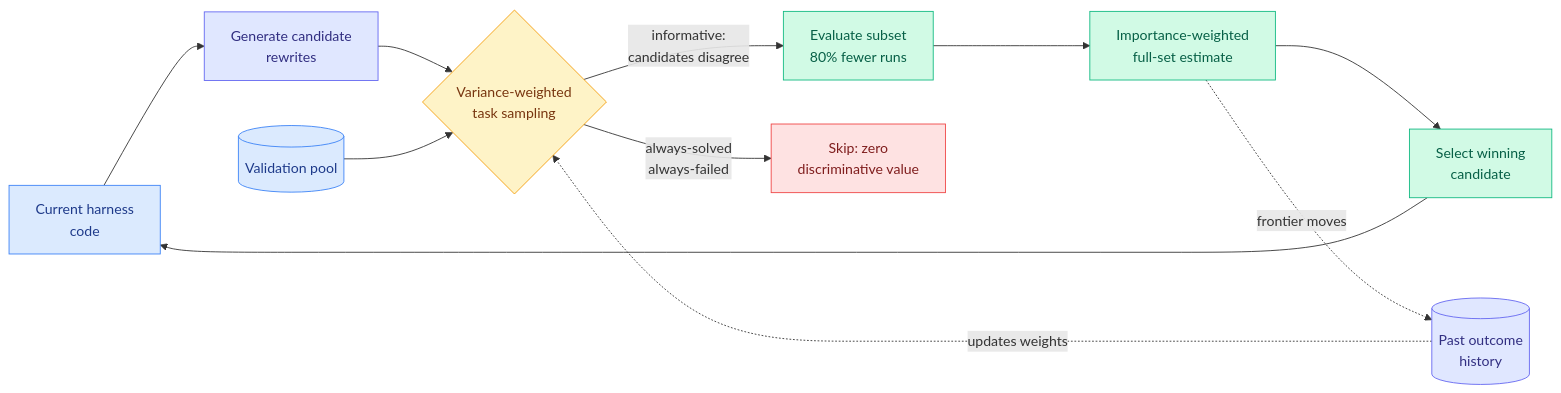
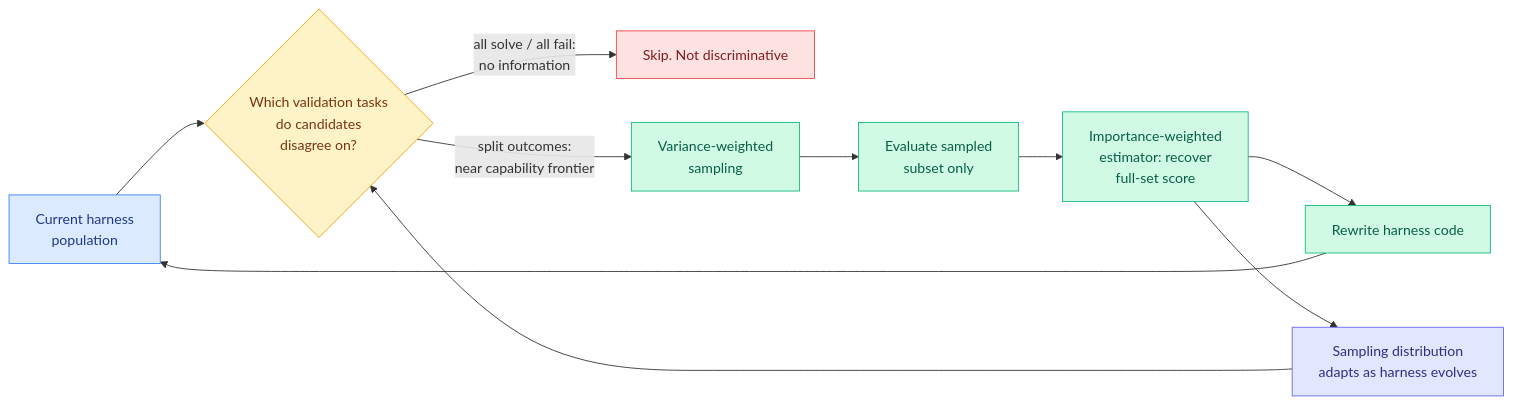
One commit to bayesiansapien/cere-bro changed the diagram in wiki/agentic-systems/2026-08-25-task-coevolve-adaptive-validation-selection.md. Above: the diagram before and after it, drawn with Mermaid. The commit also changed other lines of this file, not shown here.

Commit message:
wiki: update wiki/2026-08-25-task-coevolve-adaptive-validation-selection

````diff
--- a/wiki/agentic-systems/2026-08-25-task-coevolve-adaptive-validation-selection.md
+++ b/wiki/agentic-systems/2026-08-25-task-coevolve-adaptive-validation-selection.md
@@ -17,23 +12,22 @@
 ```mermaid
 flowchart LR
-  H[Current harness<br/>code] --> GEN[Generate candidate<br/>rewrites]
-  GEN --> SEL{Variance-weighted<br/>task sampling}
-  POOL[(Validation pool)] --> SEL
-  HIST[(Past outcome<br/>history)] -.updates weights.-> SEL
-  SEL -->|informative:<br/>candidates disagree| RUN[Evaluate subset<br/>80% fewer runs]
-  SEL -->|always-solved<br/>always-failed| SKIP[Skip: zero<br/>discriminative value]
-  RUN --> EST[Importance-weighted<br/>full-set estimate]
-  EST --> PICK[Select winning<br/>candidate]
-  PICK --> H
-  EST -.frontier moves.-> HIST
+  H[Current harness<br/>population] --> DIS{Which validation tasks<br/>do candidates<br/>disagree on?}
+  DIS -->|all solve / all fail:<br/>no information| SKIP[Skip. Not discriminative]
+  DIS -->|split outcomes:<br/>near capability frontier| SAMP[Variance-weighted<br/>sampling]
+  SAMP --> EV[Evaluate sampled<br/>subset only]
+  EV --> EST[Importance-weighted<br/>estimator: recover<br/>full-set score]
+  EST --> REW[Rewrite harness code]
+  REW --> H
+  EST --> ADAPT[Sampling distribution<br/>adapts as harness evolves]
+  ADAPT --> DIS
   classDef input fill:#dbeafe,stroke:#3b82f6,color:#1e3a8a
   classDef decision fill:#fef3c7,stroke:#f59e0b,color:#78350f
   classDef output fill:#d1fae5,stroke:#10b981,color:#065f46
   classDef warn fill:#fee2e2,stroke:#ef4444,color:#7f1d1d
   classDef aux fill:#e0e7ff,stroke:#6366f1,color:#312e81
-  class H,POOL input
-  class SEL decision
-  class RUN,EST,PICK output
+  class H input
+  class DIS decision
+  class SAMP,EV,EST,REW output
   class SKIP warn
-  class GEN,HIST aux
+  class ADAPT aux
 ```
````
